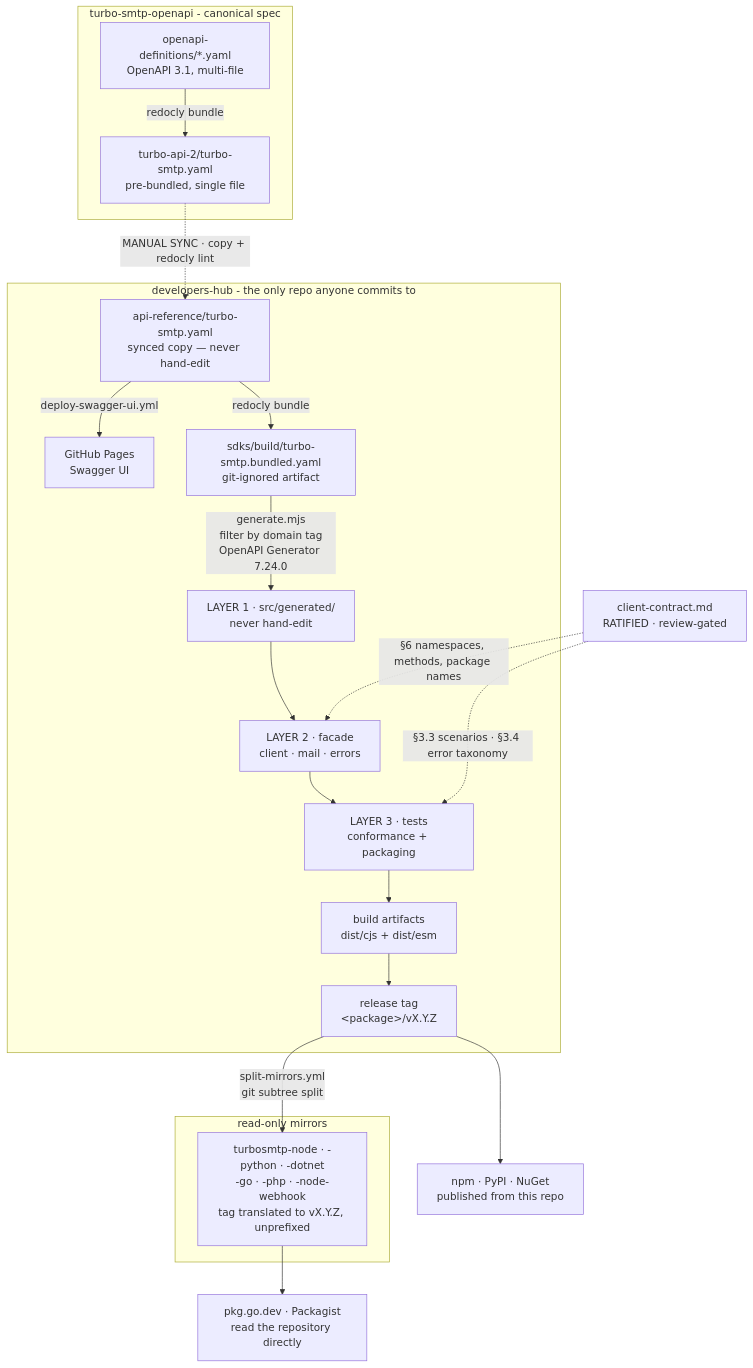
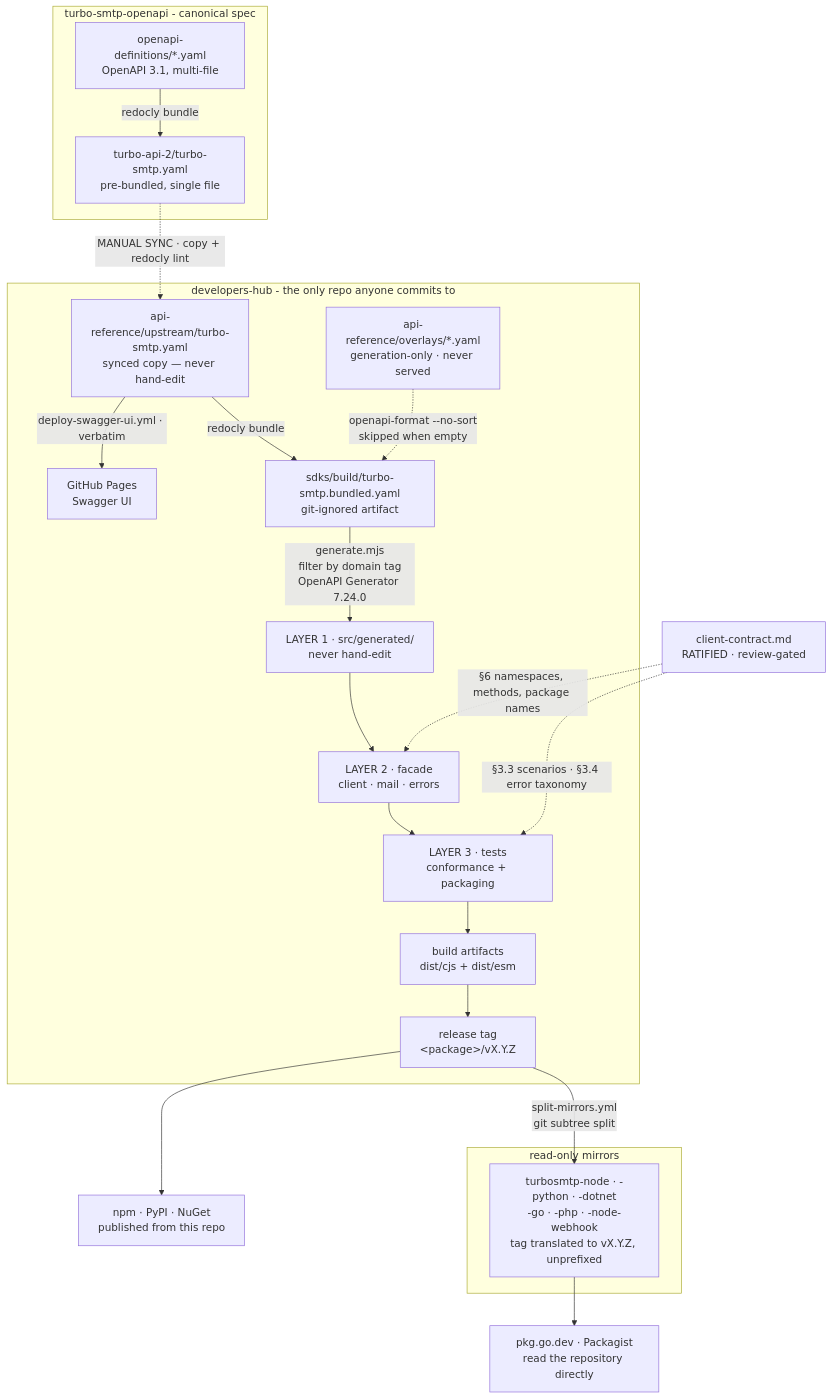
Before and after one commit to turboSMTP/developers-hub: the first of 2 diagrams in sdks/pipeline.md, drawn with Mermaid. The commit also changed other lines of this file and 41 other files, not shown here.

````diff
--- a/sdks/pipeline.md
+++ b/sdks/pipeline.md
@@ -12,42 +12,44 @@
 ```mermaid
 flowchart TD
     subgraph canon["turbo-smtp-openapi - canonical spec"]
         A["openapi-definitions/*.yaml<br/>OpenAPI 3.1, multi-file"]
         B["turbo-api-2/turbo-smtp.yaml<br/>pre-bundled, single file"]
         A -->|"redocly bundle"| B
     end
 
     B -.->|"MANUAL SYNC · copy + redocly lint"| C
 
     subgraph hub["developers-hub - the only repo anyone commits to"]
-        C["api-reference/turbo-smtp.yaml<br/>synced copy — never hand-edit"]
+        C["api-reference/upstream/turbo-smtp.yaml<br/>synced copy — never hand-edit"]
+        OV["api-reference/overlays/*.yaml<br/>generation-only · never served"]
         PAGES["GitHub Pages<br/>Swagger UI"]
         D["sdks/build/turbo-smtp.bundled.yaml<br/>git-ignored artifact"]
         E["LAYER 1 · src/generated/<br/>never hand-edit"]
         F["LAYER 2 · facade<br/>client · mail · errors"]
         G["LAYER 3 · tests<br/>conformance + packaging"]
         H["build artifacts<br/>dist/cjs + dist/esm"]
         T["release tag<br/>&lt;package&gt;/vX.Y.Z"]
 
-        C -->|"deploy-swagger-ui.yml"| PAGES
+        C -->|"deploy-swagger-ui.yml · verbatim"| PAGES
+        OV -.->|"openapi-format --no-sort<br/>skipped when empty"| D
         C -->|"redocly bundle"| D
         D -->|"generate.mjs<br/>filter by domain tag<br/>OpenAPI Generator 7.24.0"| E
         E --> F
         F --> G
         G --> H
         H --> T
     end
 
     CONTRACT["client-contract.md<br/>RATIFIED · review-gated"]
     CONTRACT -.->|"§6 namespaces, methods, package names"| F
     CONTRACT -.->|"§3.3 scenarios · §3.4 error taxonomy"| G
 
     T --> REG1["npm · PyPI · NuGet<br/>published from this repo"]
     T -->|"split-mirrors.yml<br/>git subtree split"| M
 
     subgraph mir["read-only mirrors"]
         M["turbosmtp-node · -python · -dotnet<br/>-go · -php · -node-webhook<br/>tag translated to vX.Y.Z, unprefixed"]
     end
 
     M --> REG2["pkg.go.dev · Packagist<br/>read the repository directly"]
 ```
````
